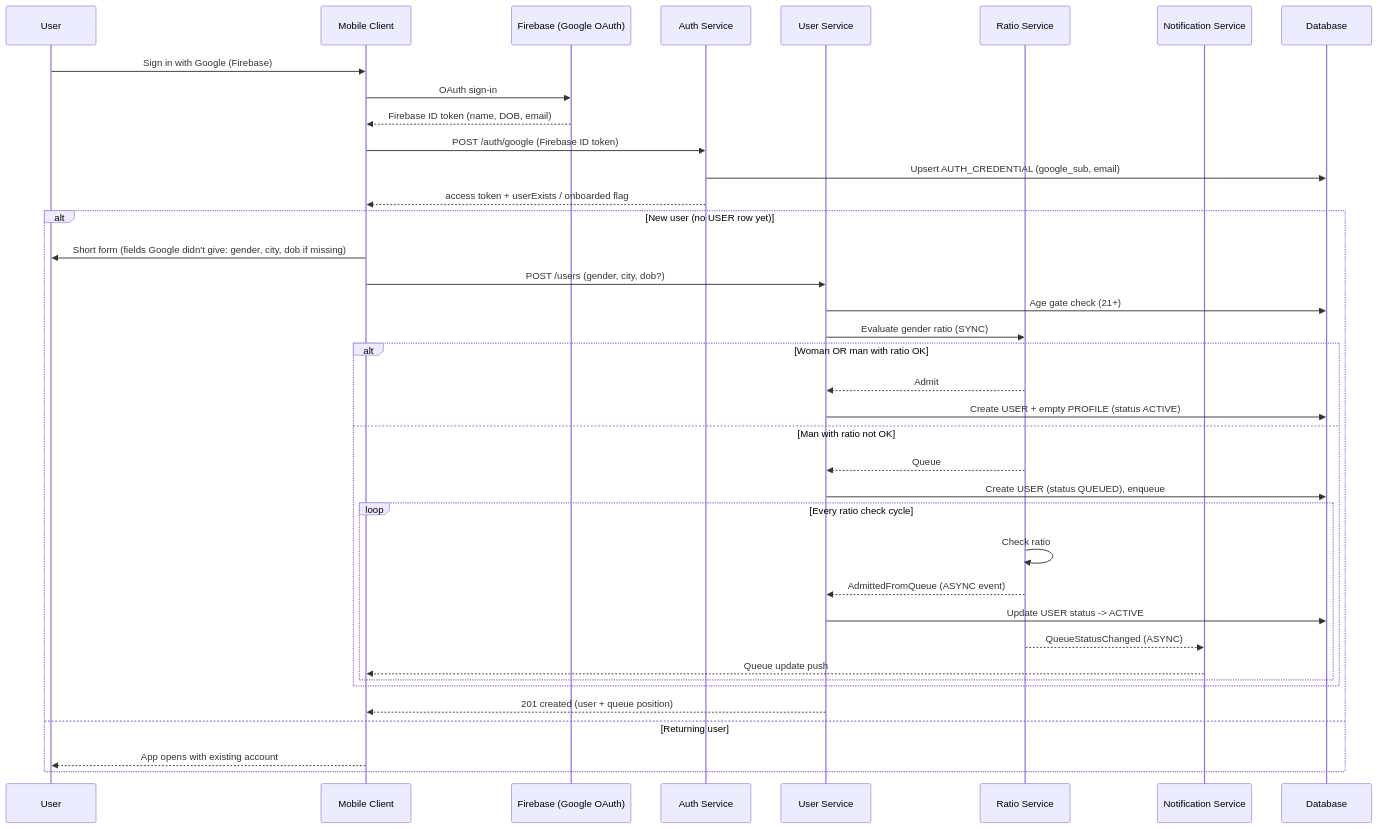
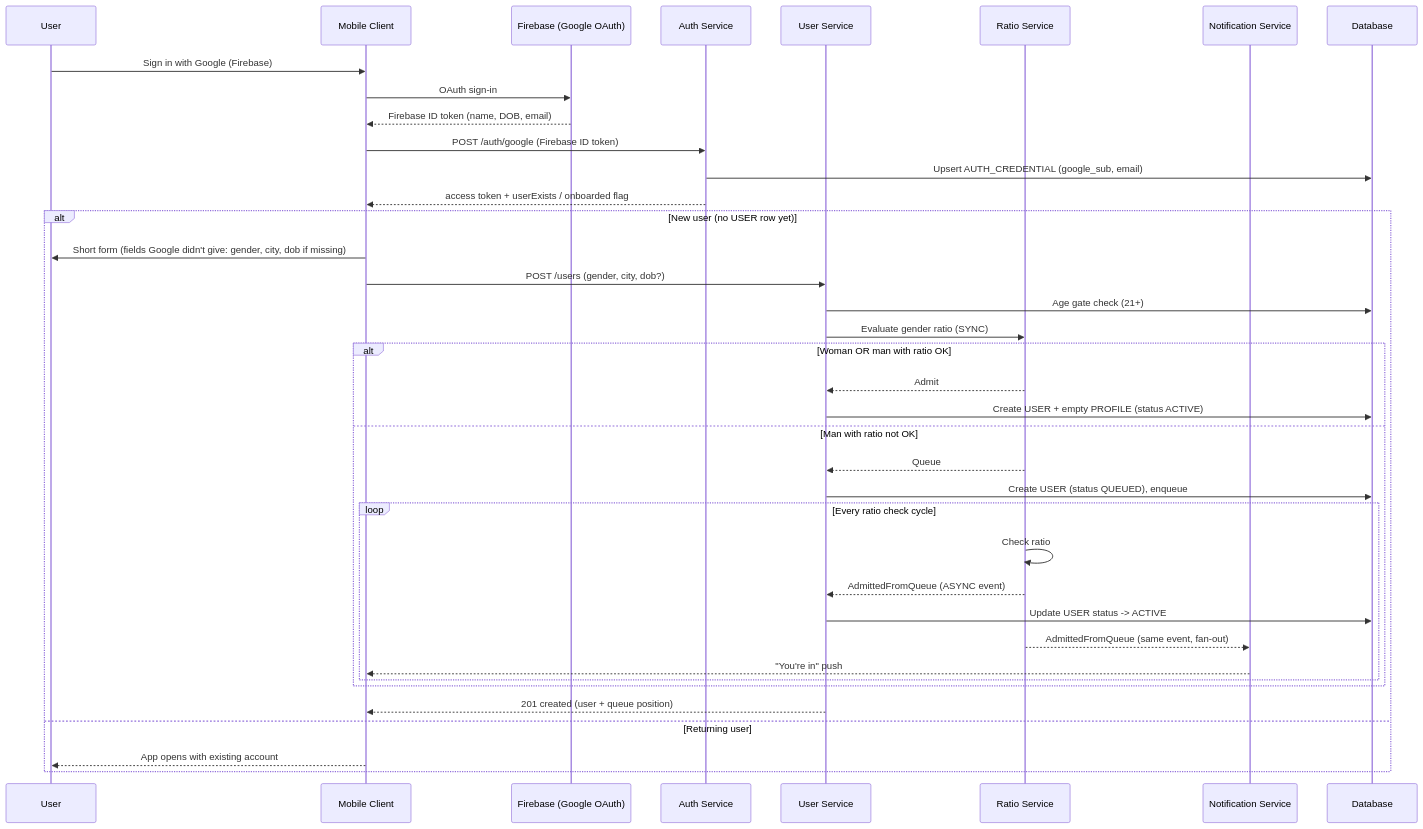
One commit to cheetah-org/fold-design changed the diagram in core-flow/reg-flow.md. Above: the diagram before and after it, drawn with Mermaid. The commit also changed 11 other files, not shown here.

````diff
--- a/core-flow/reg-flow.md
+++ b/core-flow/reg-flow.md
@@ -1,42 +1,42 @@
 ```mermaid
 sequenceDiagram
     participant User as User
     participant Client as Mobile Client
     participant Firebase as Firebase (Google OAuth)
     participant Auth as Auth Service
     participant UserSvc as User Service
     participant Ratio as Ratio Service
     participant Notif as Notification Service
     participant DB as Database
 
     User ->> Client: Sign in with Google (Firebase)
     Client ->> Firebase: OAuth sign-in
     Firebase -->> Client: Firebase ID token (name, DOB, email)
     Client ->> Auth: POST /auth/google (Firebase ID token)
     Auth ->> DB: Upsert AUTH_CREDENTIAL (google_sub, email)
     Auth -->> Client: access token + userExists / onboarded flag
 
     alt New user (no USER row yet)
         Client ->> User: Short form (fields Google didn't give: gender, city, dob if missing)
         Client ->> UserSvc: POST /users (gender, city, dob?)
         UserSvc ->> DB: Age gate check (21+)
         UserSvc ->> Ratio: Evaluate gender ratio (SYNC)
         alt Woman OR man with ratio OK
             Ratio -->> UserSvc: Admit
             UserSvc ->> DB: Create USER + empty PROFILE (status ACTIVE)
         else Man with ratio not OK
             Ratio -->> UserSvc: Queue
             UserSvc ->> DB: Create USER (status QUEUED), enqueue
             loop Every ratio check cycle
                 Ratio ->> Ratio: Check ratio
                 Ratio -->> UserSvc: AdmittedFromQueue (ASYNC event)
                 UserSvc ->> DB: Update USER status -> ACTIVE
-                Ratio -->> Notif: QueueStatusChanged (ASYNC)
-                Notif -->> Client: Queue update push
+                Ratio -->> Notif: AdmittedFromQueue (same event, fan-out)
+                Notif -->> Client: "You're in" push
             end
         end
         UserSvc -->> Client: 201 created (user + queue position)
     else Returning user
         Client -->> User: App opens with existing account
     end
 ```
````
